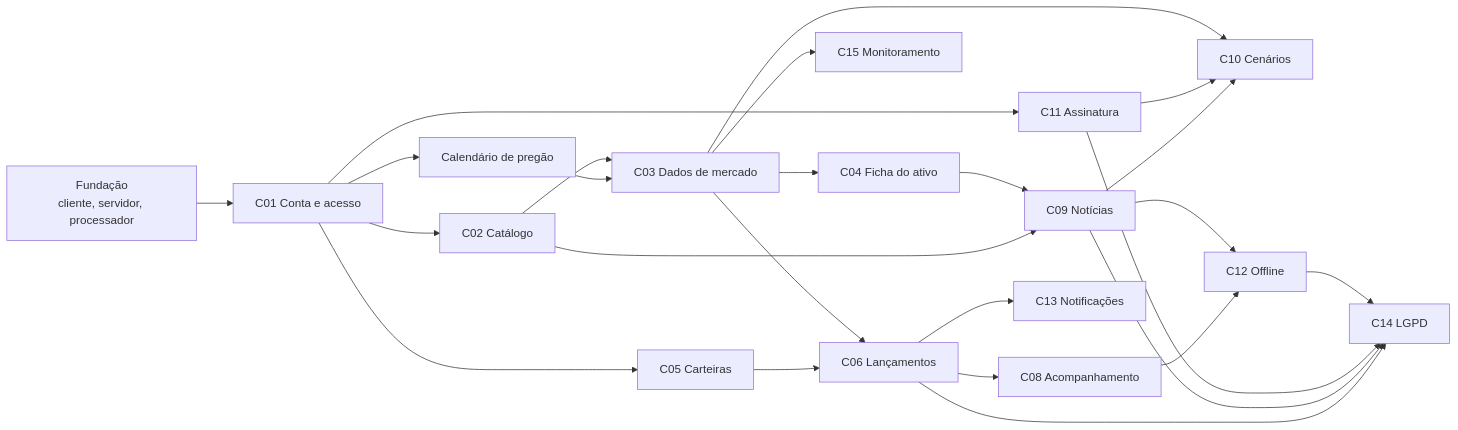
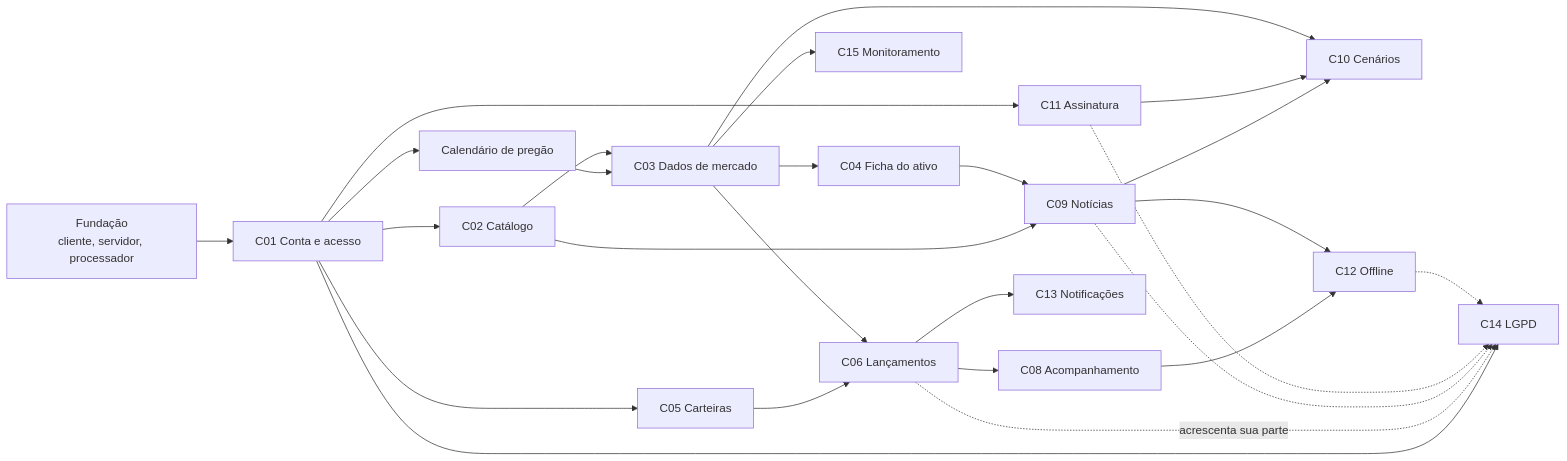
One commit to AnjiNight/Revolution-THE-BOB changed the diagram in specs/mapa_specs.md. Above: the diagram before and after it, drawn with Mermaid. The commit also changed other lines of this file and 1 other file, not shown here.

````diff
--- a/specs/mapa_specs.md
+++ b/specs/mapa_specs.md
@@ -74,27 +75,28 @@
 ```mermaid
 flowchart LR
     F["Fundação<br/>cliente, servidor, processador"] --> C01
     C01["C01 Conta e acesso"] --> C02["C02 Catálogo"]
     C01 --> CAL["Calendário de pregão"]
     CAL --> C03["C03 Dados de mercado"]
     C02 --> C03
     C03 --> C04["C04 Ficha do ativo"]
     C03 --> C15["C15 Monitoramento"]
     C01 --> C05["C05 Carteiras"]
     C05 --> C06["C06 Lançamentos"]
     C03 --> C06
     C06 --> C08["C08 Acompanhamento"]
     C01 --> C11["C11 Assinatura"]
     C02 --> C09["C09 Notícias"]
     C04 --> C09
     C09 --> C10["C10 Cenários"]
     C11 --> C10
     C03 --> C10
     C08 --> C12["C12 Offline"]
     C09 --> C12
     C06 --> C13["C13 Notificações"]
-    C06 --> C14["C14 LGPD"]
-    C09 --> C14
-    C11 --> C14
-    C12 --> C14
+    C01 --> C14["C14 LGPD"]
+    C06 -. "acrescenta sua parte" .-> C14
+    C09 -.-> C14
+    C11 -.-> C14
+    C12 -.-> C14
 ```
````
